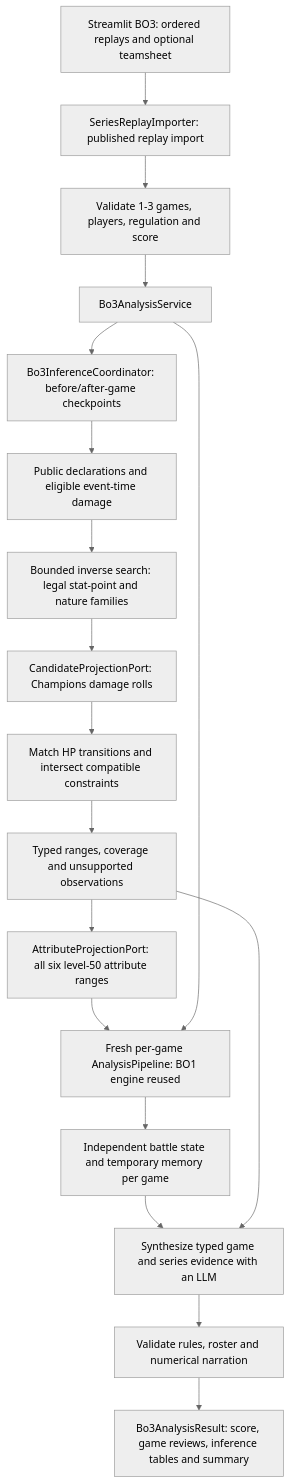
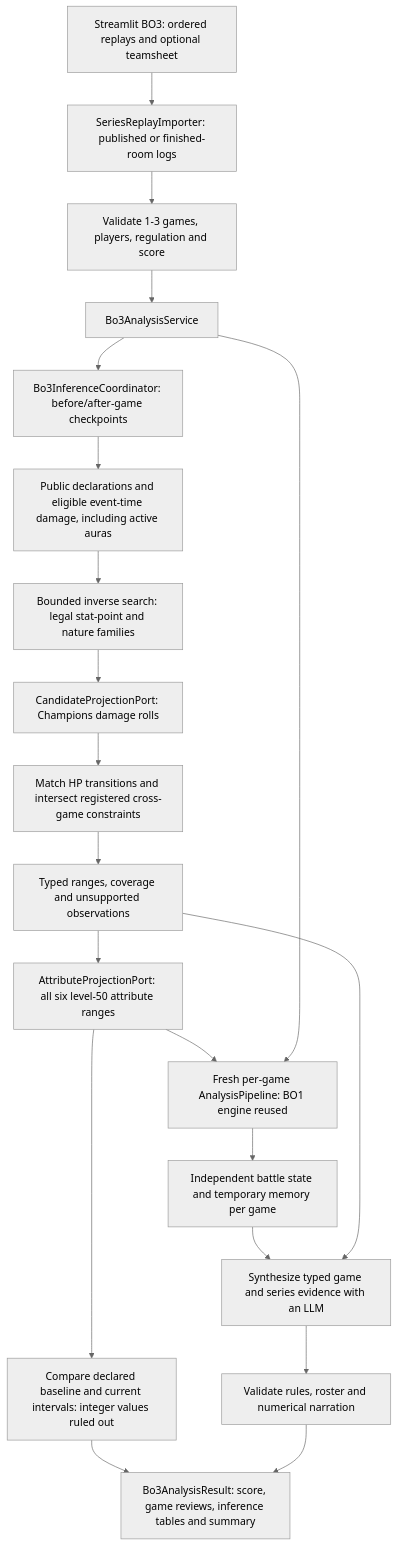
Before and after one commit to Huarada/professor-VGC: the second of 2 diagrams in README.md, drawn with Mermaid (neutral theme). The commit also changed other lines of this file and 86 other files, not shown here.

````diff
--- a/README.md
+++ b/README.md
@@ -82,20 +87,22 @@
 ```mermaid
 flowchart TD
-    input["Streamlit BO3: ordered replays and optional teamsheet"] --> importer["SeriesReplayImporter: published replay import"]
+    input["Streamlit BO3: ordered replays and optional teamsheet"] --> importer["SeriesReplayImporter: published or finished-room logs"]
     importer --> validate["Validate 1-3 games, players, regulation and score"]
     validate --> service["Bo3AnalysisService"]
     service --> inverse["Bo3InferenceCoordinator: before/after-game checkpoints"]
-    inverse --> facts["Public declarations and eligible event-time damage"]
+    inverse --> facts["Public declarations and eligible event-time damage, including active auras"]
     facts --> solve["Bounded inverse search: legal stat-point and nature families"]
     solve --> candidate["CandidateProjectionPort: Champions damage rolls"]
-    candidate --> match["Match HP transitions and intersect compatible constraints"]
+    candidate --> match["Match HP transitions and intersect registered cross-game constraints"]
     match --> inferred["Typed ranges, coverage and unsupported observations"]
     inferred --> attributes["AttributeProjectionPort: all six level-50 attribute ranges"]
+    attributes --> reduction["Compare declared baseline and current intervals: integer values ruled out"]
+    reduction --> result
     attributes --> reviews["Fresh per-game AnalysisPipeline: BO1 engine reused"]
     service --> reviews
     reviews --> isolated["Independent battle state and temporary memory per game"]
     isolated --> synthesis["Synthesize typed game and series evidence with an LLM"]
     inferred --> synthesis
     synthesis --> guard["Validate rules, roster and numerical narration"]
     guard --> result["Bo3AnalysisResult: score, game reviews, inference tables and summary"]
 ```
````
